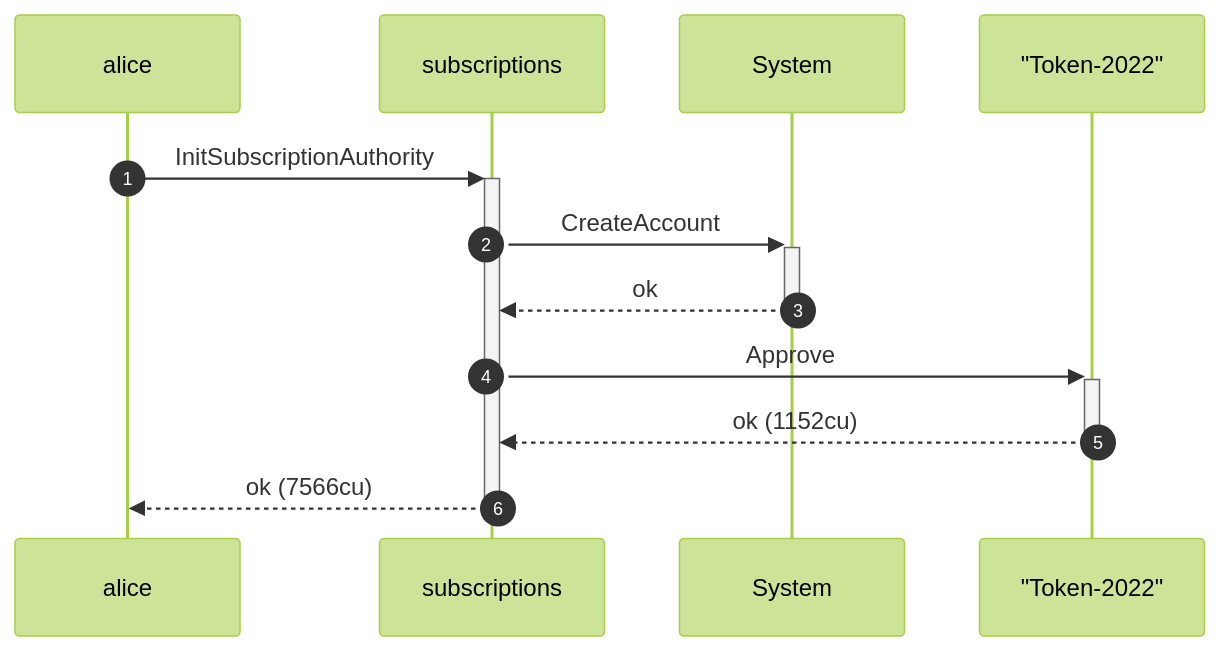
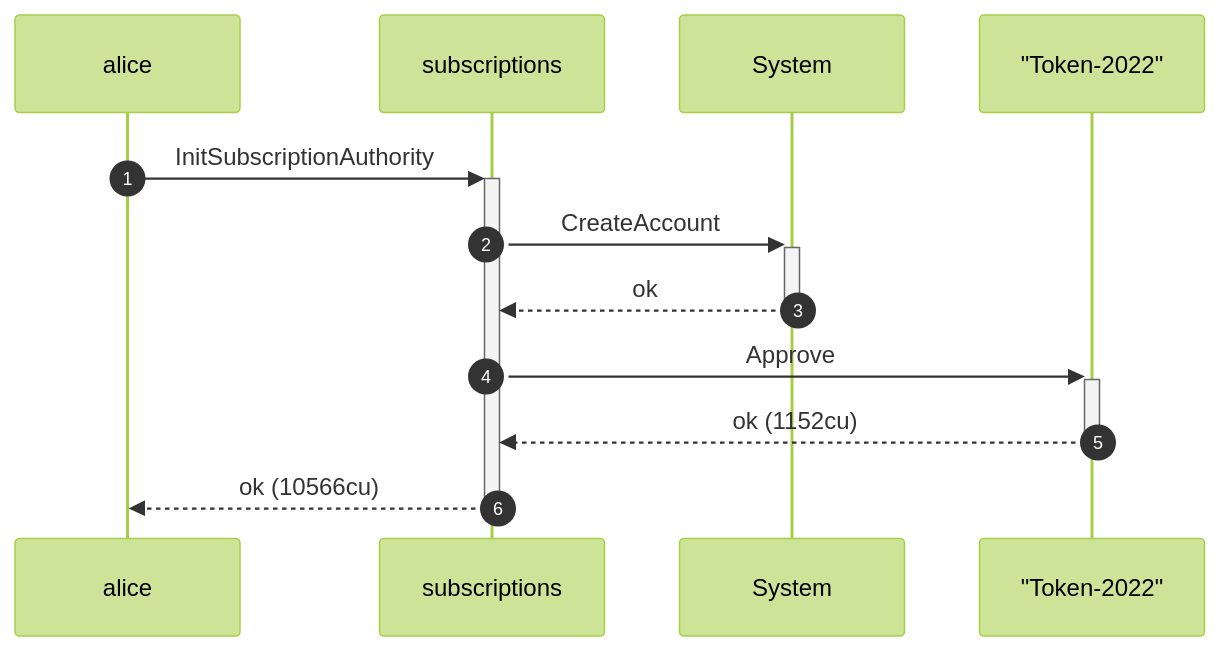
The second of 4 diagrams in dsl_tests/initialize-over-a-token-2022-mint---nontransferable--.md (cds-rs/subscriptions), drawn with Mermaid (forest theme) before and after one commit. The commit also changed other lines of this file and 224 other files, not shown here.

````diff
--- a/dsl_tests/initialize-over-a-token-2022-mint---nontransferable--.md
+++ b/dsl_tests/initialize-over-a-token-2022-mint---nontransferable--.md
@@ -38,14 +39,14 @@
 ```mermaid
 sequenceDiagram
     autonumber
     participant alice
     participant subscriptions
     participant System
     participant Token_2022 as "Token-2022"
     alice ->>+ subscriptions: InitSubscriptionAuthority
     subscriptions ->>+ System: CreateAccount
     System -->>- subscriptions: ok
     subscriptions ->>+ Token_2022: Approve
     Token_2022 -->>- subscriptions: ok (1152cu)
-    subscriptions -->>- alice: ok (7566cu)
+    subscriptions -->>- alice: ok (10566cu)
 ```
````
